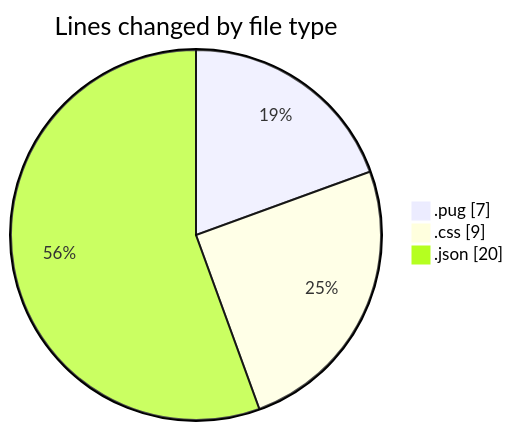
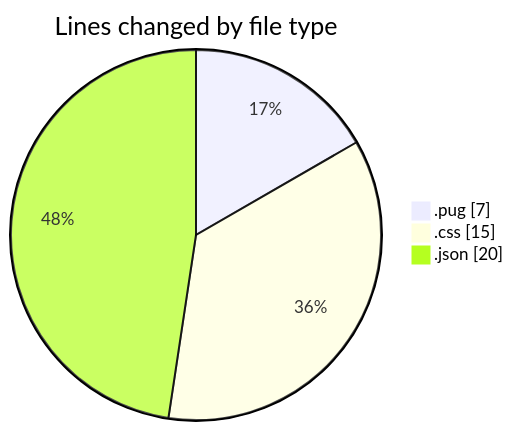
One commit to momahboobian/code-tracking changed the first of 2 diagrams in 2025-11-06/cda/README.md. Above: the diagram before and after it, drawn with Mermaid. The commit also changed other lines of this file and 1 other file, not shown here.

````diff
--- a/2025-11-06/cda/README.md
+++ b/2025-11-06/cda/README.md
@@ -22,7 +22,7 @@
 ```mermaid
 pie showData
 title Lines changed by file type
 ".pug" : 7
-".css" : 9
+".css" : 15
 ".json" : 20
 ```
````
